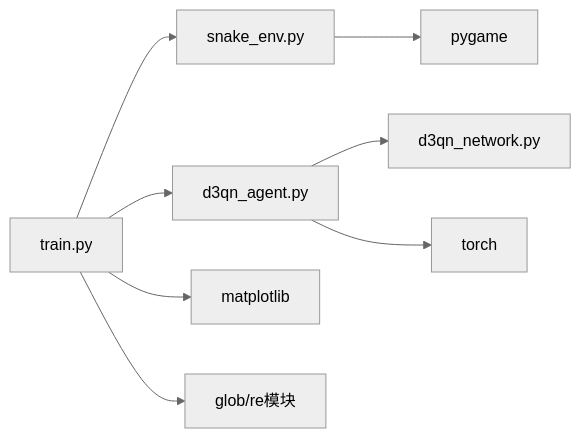
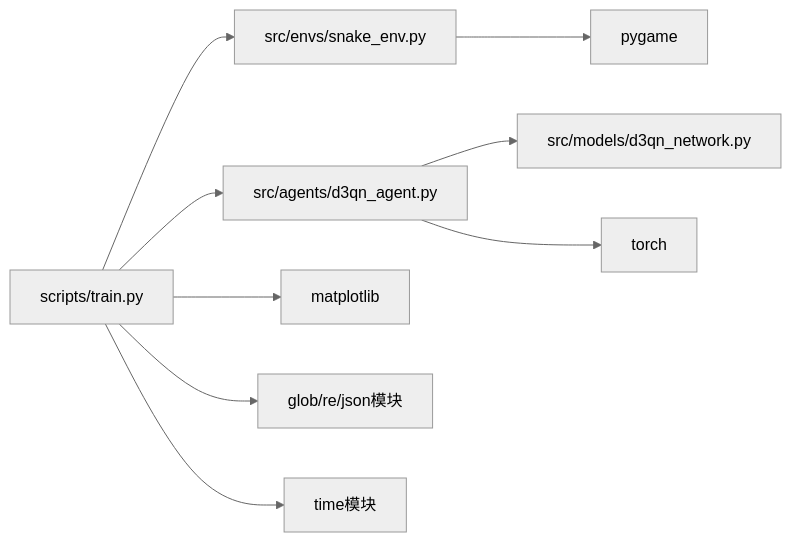
One commit to fuweiq94-cloud/3399180760000 changed the eighth of 8 diagrams in .qoder/repowiki/zh/content/训练系统.md. Above: the diagram before and after it, drawn with Mermaid (neutral theme). The commit also changed other lines of this file and 75 other files, not shown here.

````diff
--- a/.qoder/repowiki/zh/content/训练系统.md
+++ b/.qoder/repowiki/zh/content/训练系统.md
@@ -354,10 +382,11 @@
 ```mermaid
 graph LR
-T["train.py"] --> E["snake_env.py"]
-T --> A["d3qn_agent.py"]
-A --> N["d3qn_network.py"]
+T["scripts/train.py"] --> E["src/envs/snake_env.py"]
+T --> A["src/agents/d3qn_agent.py"]
+A --> N["src/models/d3qn_network.py"]
 T --> M["matplotlib"]
 E --> P["pygame"]
 A --> TCH["torch"]
-T --> GLOB["glob/re模块"]
+T --> GLOB["glob/re/json模块"]
+T --> TIME["time模块"]
 ```
````
